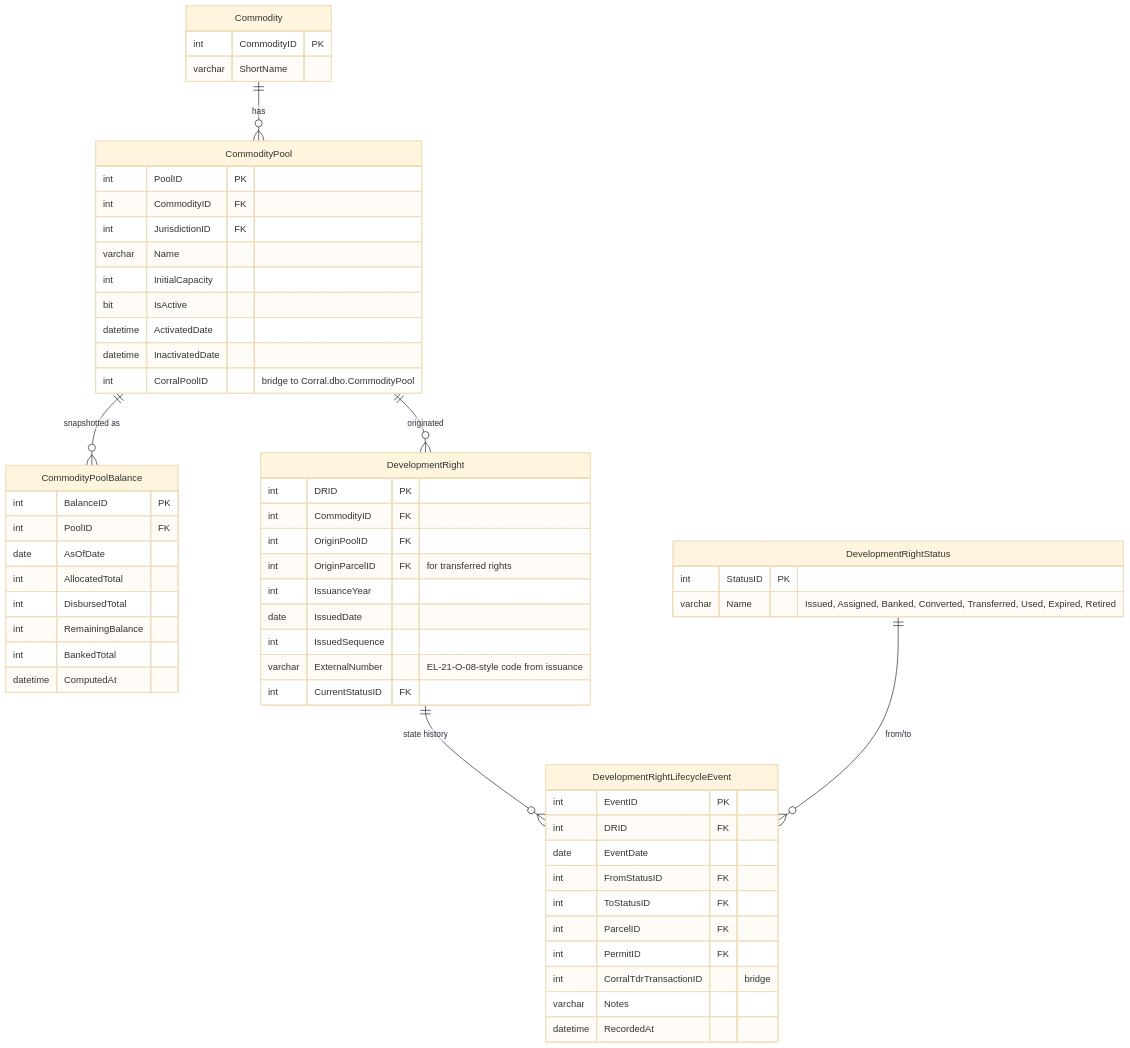
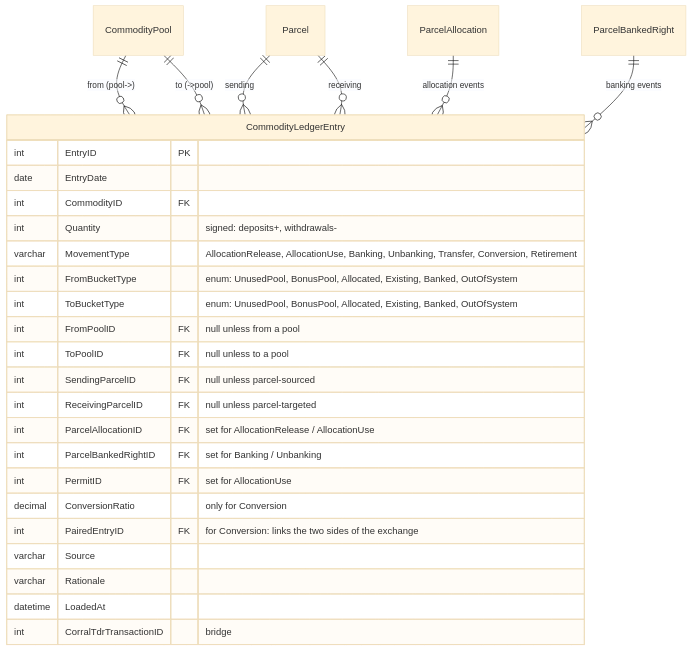
The third of 5 diagrams in erd/target_schema.md (trpa-agency/Reporting), drawn with Mermaid (base theme) before and after one commit. The commit also changed other lines of this file, not shown here.

First line of the commit message:
erd: rewrite target_schema around TRPA Cumulative Accounting 5-bucket model

````diff
--- a/erd/target_schema.md
+++ b/erd/target_schema.md
@@ -147,60 +202,31 @@
 ```mermaid
 erDiagram
-    Commodity {
-        int CommodityID PK
-        varchar ShortName
+    CommodityLedgerEntry {
+        int EntryID PK
+        date EntryDate
+        int CommodityID FK
+        int Quantity "signed: deposits+, withdrawals-"
+        varchar MovementType "AllocationRelease, AllocationUse, Banking, Unbanking, Transfer, Conversion, Retirement"
+        int FromBucketType "enum: UnusedPool, BonusPool, Allocated, Existing, Banked, OutOfSystem"
+        int ToBucketType "enum: UnusedPool, BonusPool, Allocated, Existing, Banked, OutOfSystem"
+        int FromPoolID FK "null unless from a pool"
+        int ToPoolID FK "null unless to a pool"
+        int SendingParcelID FK "null unless parcel-sourced"
+        int ReceivingParcelID FK "null unless parcel-targeted"
+        int ParcelAllocationID FK "set for AllocationRelease / AllocationUse"
+        int ParcelBankedRightID FK "set for Banking / Unbanking"
+        int PermitID FK "set for AllocationUse"
+        decimal ConversionRatio "only for Conversion"
+        int PairedEntryID FK "for Conversion: links the two sides of the exchange"
+        varchar Source
+        varchar Rationale
+        datetime LoadedAt
+        int CorralTdrTransactionID "bridge"
     }
-    CommodityPool {
-        int PoolID PK
-        int CommodityID FK
-        int JurisdictionID FK
-        varchar Name
-        int InitialCapacity
-        bit IsActive
-        datetime ActivatedDate
-        datetime InactivatedDate
-        int CorralPoolID "bridge to Corral.dbo.CommodityPool"
-    }
-    CommodityPoolBalance {
-        int BalanceID PK
-        int PoolID FK
-        date AsOfDate
-        int AllocatedTotal
-        int DisbursedTotal
-        int RemainingBalance
-        int BankedTotal
-        datetime ComputedAt
-    }
-    DevelopmentRight {
-        int DRID PK
-        int CommodityID FK
-        int OriginPoolID FK
-        int OriginParcelID FK "for transferred rights"
-        int IssuanceYear
-        date IssuedDate
-        int IssuedSequence
-        varchar ExternalNumber "EL-21-O-08-style code from issuance"
-        int CurrentStatusID FK
-    }
-    DevelopmentRightStatus {
-        int StatusID PK
-        varchar Name "Issued, Assigned, Banked, Converted, Transferred, Used, Expired, Retired"
-    }
-    DevelopmentRightLifecycleEvent {
-        int EventID PK
-        int DRID FK
-        date EventDate
-        int FromStatusID FK
-        int ToStatusID FK
-        int ParcelID FK
-        int PermitID FK
-        int CorralTdrTransactionID "bridge"
-        varchar Notes
-        datetime RecordedAt
-    }
-    Commodity                  ||--o{ CommodityPool              : "has"
-    CommodityPool              ||--o{ CommodityPoolBalance       : "snapshotted as"
-    CommodityPool              ||--o{ DevelopmentRight           : "originated"
-    DevelopmentRight           ||--o{ DevelopmentRightLifecycleEvent : "state history"
-    DevelopmentRightStatus     ||--o{ DevelopmentRightLifecycleEvent : "from/to"
+    CommodityPool      ||--o{ CommodityLedgerEntry : "from (pool->)"
+    CommodityPool      ||--o{ CommodityLedgerEntry : "to (->pool)"
+    Parcel             ||--o{ CommodityLedgerEntry : "sending"
+    Parcel             ||--o{ CommodityLedgerEntry : "receiving"
+    ParcelAllocation   ||--o{ CommodityLedgerEntry : "allocation events"
+    ParcelBankedRight  ||--o{ CommodityLedgerEntry : "banking events"
 ```
````
